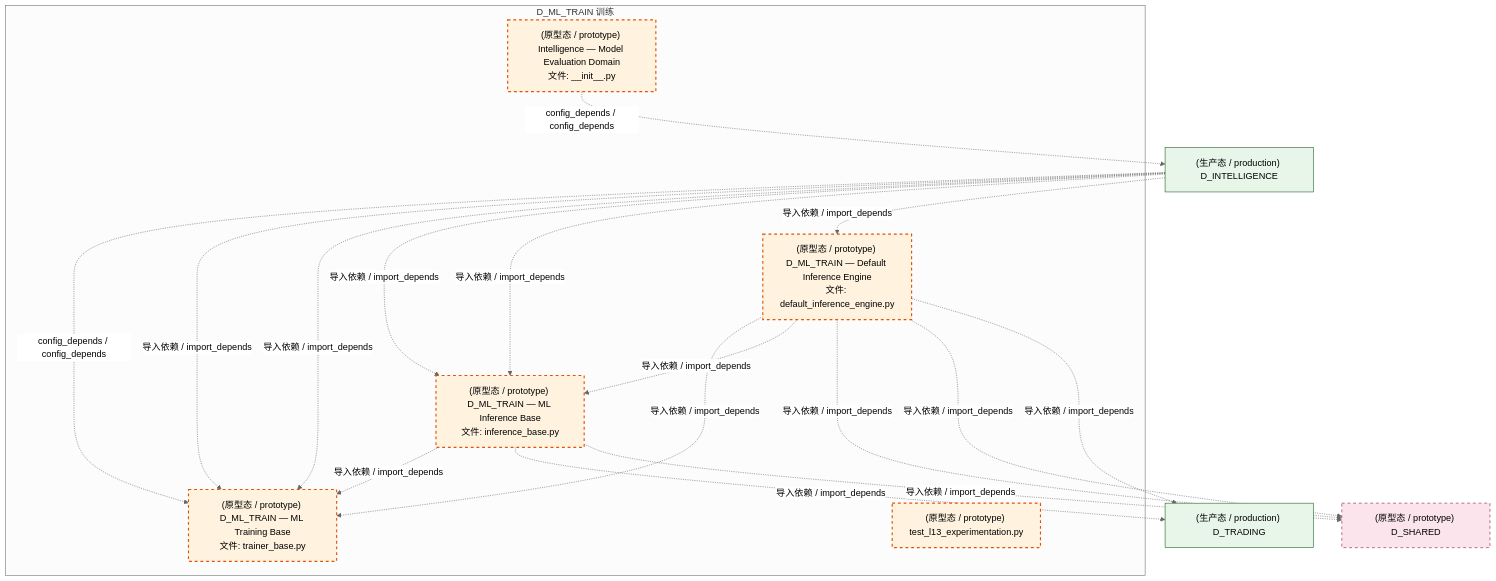
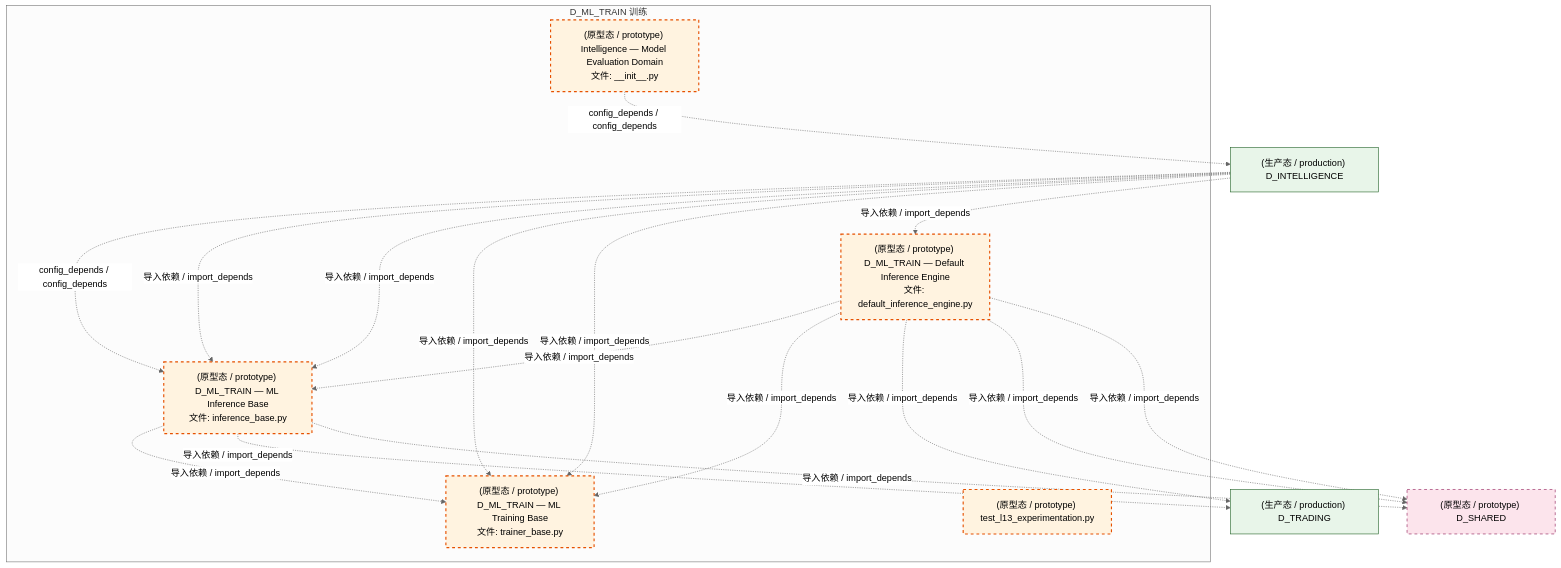
The third of 4 diagrams in docs/02_enterprise_architecture/02_domain_architecture_docs/50_d_ml_train.md (xuanFelixVan/ZephyrAlpha), drawn with Mermaid (neutral theme) before and after one commit. The commit also changed other lines of this file and 126 other files, not shown here.

````diff
--- a/docs/02_enterprise_architecture/02_domain_architecture_docs/50_d_ml_train.md
+++ b/docs/02_enterprise_architecture/02_domain_architecture_docs/50_d_ml_train.md
@@ -142,35 +137,35 @@
 ```mermaid
 graph TD
     subgraph D_ML_TRAIN["D_ML_TRAIN 训练"]
         src_zephyr_intelligence_model_evaluation_init_py["(原型态 / prototype) Intelligence — Model Evaluation Domain<br/>文件: __init__.py"]
         src_zephyr_ml_train_implementations_default_inference_engine_py["(原型态 / prototype) D_ML_TRAIN — Default Inference Engine<br/>文件: default_inference_engine.py"]
         src_zephyr_ml_train_inference_base_py["(原型态 / prototype) D_ML_TRAIN — ML Inference Base<br/>文件: inference_base.py"]
         src_zephyr_ml_train_trainer_base_py["(原型态 / prototype) D_ML_TRAIN — ML Training Base<br/>文件: trainer_base.py"]
         tests_ml_experiment_test_l13_experimentation_py["(原型态 / prototype) test_l13_experimentation.py"]
     end
     src_zephyr_ml_train_inference_base_py -.->|导入依赖 / import_depends| src_zephyr_ml_train_trainer_base_py
+    src_zephyr_ml_train_implementations_default_inference_engine_py -.->|导入依赖 / import_depends| src_zephyr_ml_train_inference_base_py
     src_zephyr_ml_train_implementations_default_inference_engine_py -.->|导入依赖 / import_depends| src_zephyr_ml_train_trainer_base_py
-    src_zephyr_ml_train_implementations_default_inference_engine_py -.->|导入依赖 / import_depends| src_zephyr_ml_train_inference_base_py
     D_INTELLIGENCE["(生产态 / production) D_INTELLIGENCE"]
     src_zephyr_intelligence_model_evaluation_init_py -.->|config_depends / config_depends| D_INTELLIGENCE
     D_TRADING["(生产态 / production) D_TRADING"]
     src_zephyr_ml_train_inference_base_py -.->|导入依赖 / import_depends| D_TRADING
     D_SHARED["(原型态 / prototype) D_SHARED"]
     src_zephyr_ml_train_inference_base_py -.->|导入依赖 / import_depends| D_SHARED
+    src_zephyr_ml_train_implementations_default_inference_engine_py -.->|导入依赖 / import_depends| D_TRADING
     src_zephyr_ml_train_implementations_default_inference_engine_py -.->|导入依赖 / import_depends| D_SHARED
     src_zephyr_ml_train_implementations_default_inference_engine_py -.->|导入依赖 / import_depends| D_SHARED
-    src_zephyr_ml_train_implementations_default_inference_engine_py -.->|导入依赖 / import_depends| D_TRADING
-    D_INTELLIGENCE -.->|config_depends / config_depends| src_zephyr_ml_train_trainer_base_py
+    D_INTELLIGENCE -.->|config_depends / config_depends| src_zephyr_ml_train_inference_base_py
+    D_INTELLIGENCE -.->|导入依赖 / import_depends| src_zephyr_ml_train_inference_base_py
+    D_INTELLIGENCE -.->|导入依赖 / import_depends| src_zephyr_ml_train_inference_base_py
     D_INTELLIGENCE -.->|导入依赖 / import_depends| src_zephyr_ml_train_trainer_base_py
     D_INTELLIGENCE -.->|导入依赖 / import_depends| src_zephyr_ml_train_trainer_base_py
-    D_INTELLIGENCE -.->|导入依赖 / import_depends| src_zephyr_ml_train_inference_base_py
-    D_INTELLIGENCE -.->|导入依赖 / import_depends| src_zephyr_ml_train_inference_base_py
     D_INTELLIGENCE -.->|导入依赖 / import_depends| src_zephyr_ml_train_implementations_default_inference_engine_py
     classDef production fill:#e1f5fe,stroke:#01579b,stroke-width:2px,color:#000
     classDef design fill:#fff3e0,stroke:#e65100,stroke-width:2px,color:#000,stroke-dasharray: 5 5
     classDef external_prod fill:#e8f5e9,stroke:#1b5e20,stroke-width:1px,color:#000
     classDef external_design fill:#fce4ec,stroke:#880e4f,stroke-width:1px,color:#000,stroke-dasharray: 5 5
     class src_zephyr_intelligence_model_evaluation_init_py,src_zephyr_ml_train_implementations_default_inference_engine_py,src_zephyr_ml_train_inference_base_py,src_zephyr_ml_train_trainer_base_py,tests_ml_experiment_test_l13_experimentation_py design
     class D_INTELLIGENCE,D_TRADING external_prod
     class D_SHARED external_design
 ```
````
